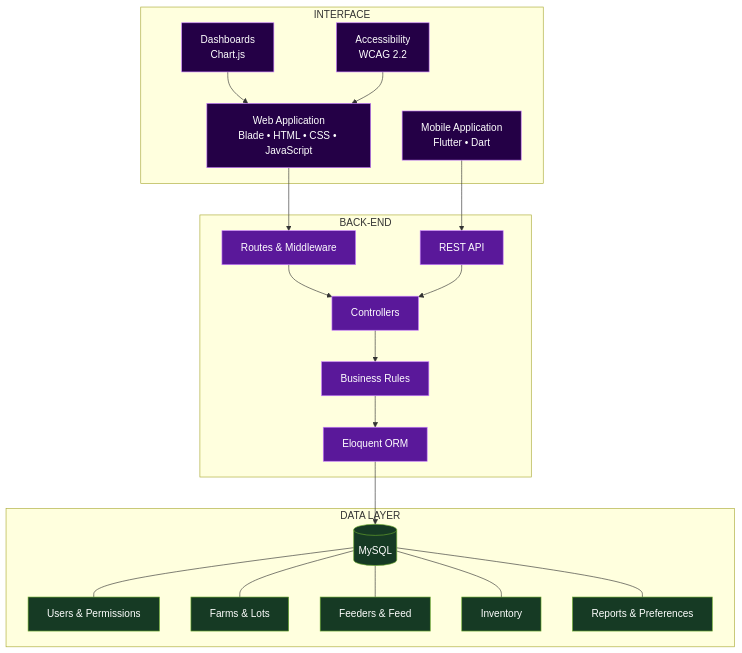
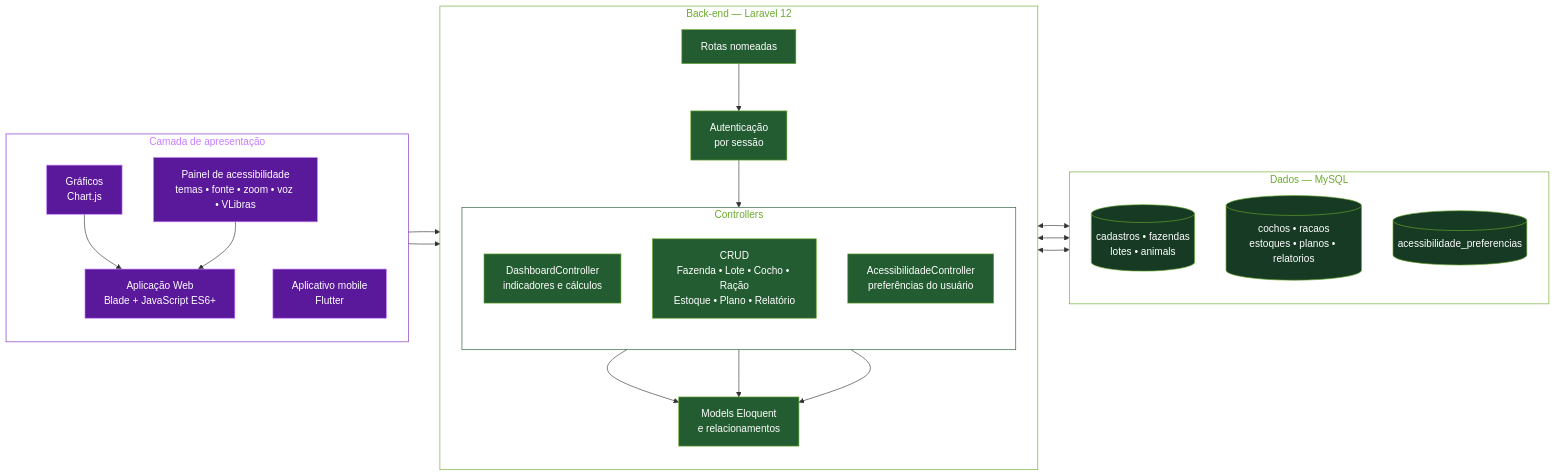
One commit to brunafigueirasilva/brunafigueirasilva changed the diagram in README.md. Above: the diagram before and after it, drawn with Mermaid. The commit also changed other lines of this file, not shown here.

````diff
--- a/README.md
+++ b/README.md
@@ -155,52 +126,53 @@
 ```mermaid
-flowchart TB
-
-    subgraph FRONT["INTERFACE"]
-        WEB["Web Application<br/>Blade • HTML • CSS • JavaScript"]
-        MOBILE["Mobile Application<br/>Flutter • Dart"]
-        CHART["Dashboards<br/>Chart.js"]
-        ACCESS["Accessibility<br/>WCAG 2.2"]
+flowchart LR
+    subgraph C["Camada de apresentação"]
+        direction TB
+        W["Aplicação Web<br/>Blade + JavaScript ES6+"]
+        G["Gráficos<br/>Chart.js"]
+        AC["Painel de acessibilidade<br/>temas • fonte • zoom • voz • VLibras"]
+        M["Aplicativo mobile<br/>Flutter"]
     end
 
-    subgraph BACK["BACK-END"]
-        ROUTES["Routes & Middleware"]
-        CONTROLLERS["Controllers"]
-        SERVICES["Business Rules"]
-        MODELS["Eloquent ORM"]
-        API["REST API"]
+    subgraph B["Back-end — Laravel 12"]
+        direction TB
+        R["Rotas nomeadas"]
+        AU["Autenticação<br/>por sessão"]
+        subgraph CT["Controllers"]
+            direction TB
+            DC["DashboardController<br/>indicadores e cálculos"]
+            CR["CRUD<br/>Fazenda • Lote • Cocho • Ração<br/>Estoque • Plano • Relatório"]
+            AP["AcessibilidadeController<br/>preferências do usuário"]
+        end
+        MO["Models Eloquent<br/>e relacionamentos"]
     end
 
-    subgraph DATABASE["DATA LAYER"]
-        DB[("MySQL")]
-        USERS["Users & Permissions"]
-        FARM["Farms & Lots"]
-        FEED["Feeders & Feed"]
-        STOCK["Inventory"]
-        REPORTS["Reports & Preferences"]
+    subgraph D["Dados — MySQL"]
+        direction TB
+        T1[("cadastros • fazendas<br/>lotes • animals")]
+        T2[("cochos • racaos<br/>estoques • planos • relatorios")]
+        T3[("acessibilidade_preferencias")]
     end
 
-    WEB --> ROUTES
-    MOBILE --> API
-    CHART --> WEB
-    ACCESS --> WEB
+    W --> R
+    G --> W
+    AC --> W
+    M --> R
+    R --> AU --> CT
+    DC --> MO
+    CR --> MO
+    AP --> MO
+    MO <--> T1
+    MO <--> T2
+    MO <--> T3
 
-    ROUTES --> CONTROLLERS
-    API --> CONTROLLERS
-    CONTROLLERS --> SERVICES
-    SERVICES --> MODELS
-    MODELS --> DB
-
-    DB --- USERS
-    DB --- FARM
-    DB --- FEED
-    DB --- STOCK
-    DB --- REPORTS
-
-    class WEB,MOBILE,CHART,ACCESS frontend
-    class ROUTES,CONTROLLERS,SERVICES,MODELS,API backend
-    class DB,USERS,FARM,FEED,STOCK,REPORTS database
-
-    classDef frontend fill:#240046,color:#fff,stroke:#C77DFF
-    classDef backend fill:#5A189A,color:#fff,stroke:#C77DFF
-    classDef database fill:#163A24,color:#fff,stroke:#6AAA2E
+    classDef roxo fill:#5A189A,color:#fff,stroke:#C77DFF
+    classDef verde fill:#245C32,color:#fff,stroke:#6AAA2E
+    classDef escuro fill:#163A24,color:#fff,stroke:#6AAA2E
+    class W,G,AC,M roxo
+    class R,AU,DC,CR,AP,MO verde
+    class T1,T2,T3 escuro
+    style C fill:transparent,stroke:#7B2CBF,color:#C77DFF
+    style B fill:transparent,stroke:#6AAA2E,color:#6AAA2E
+    style CT fill:transparent,stroke:#245C32,color:#6AAA2E
+    style D fill:transparent,stroke:#6AAA2E,color:#6AAA2E
 ```
````
